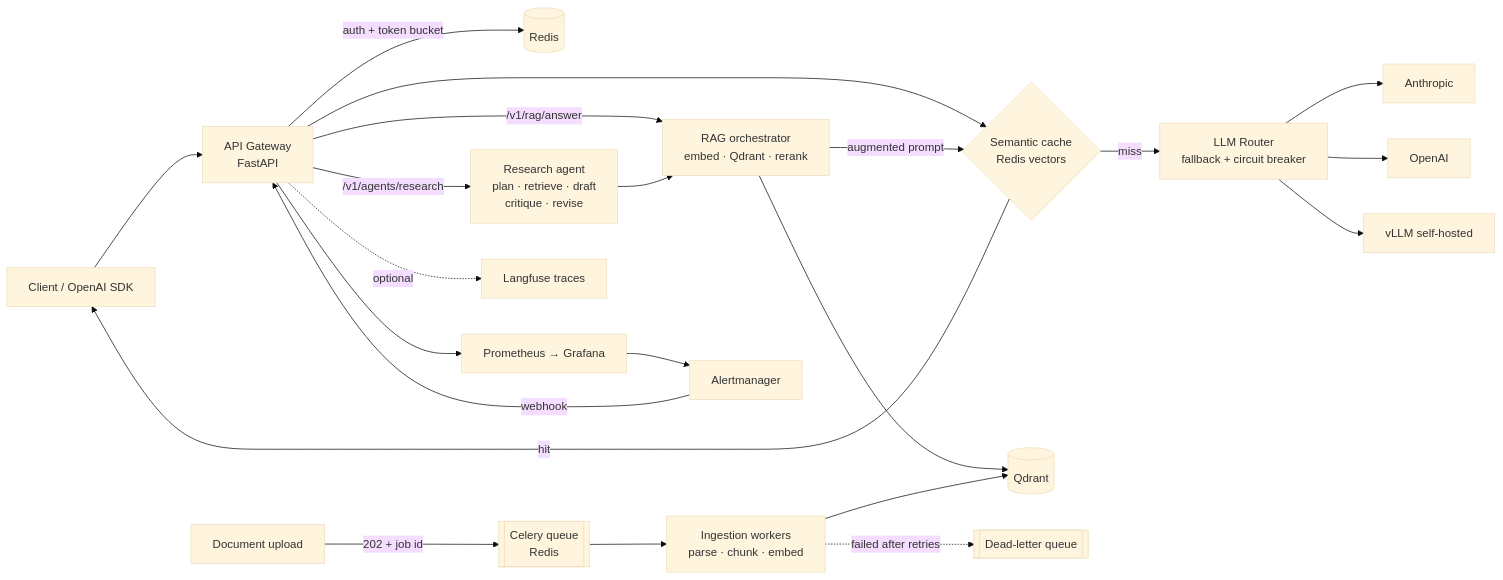
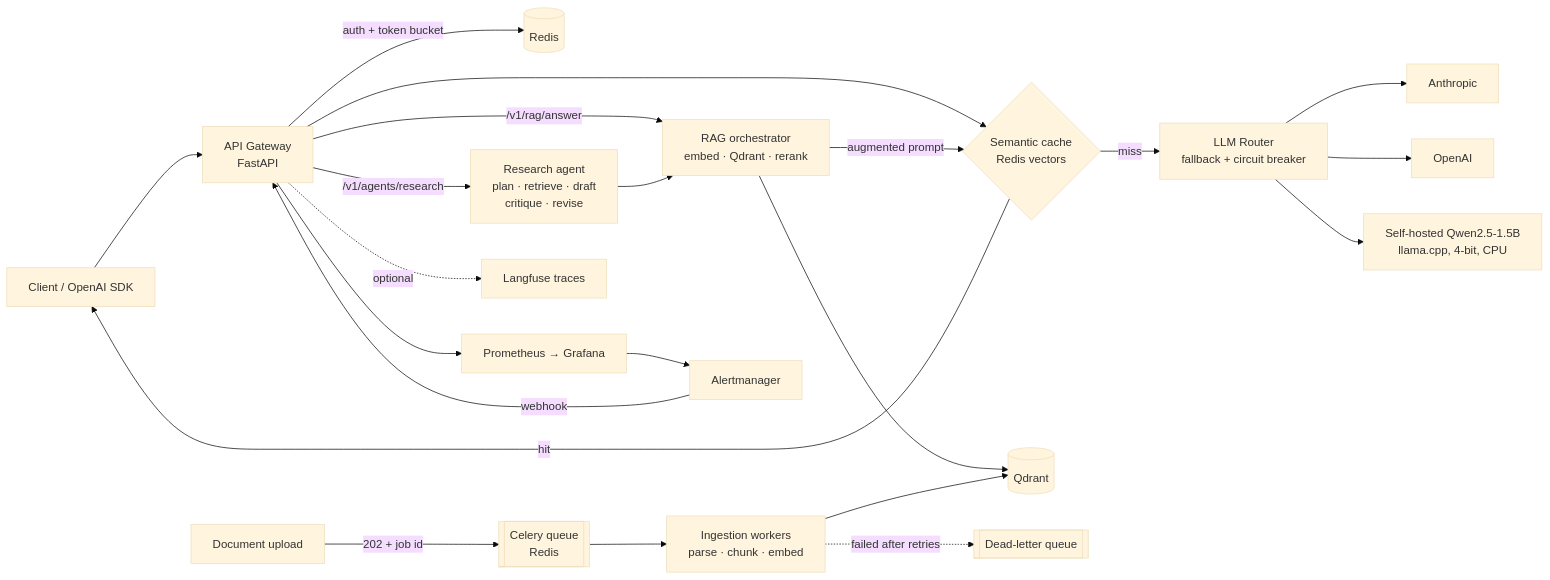
Before and after one commit to ardhendudebnath/llm-gateway-rag: the diagram in README.md, drawn with Mermaid (base theme). The commit also changed other lines of this file and 15 other files, not shown here.

First line of the commit message:
Serve a self-hosted model: answers with no API key, measured on CPU

````diff
--- a/README.md
+++ b/README.md
@@ -21,23 +21,23 @@
 ```mermaid
 flowchart LR
     C[Client / OpenAI SDK] --> G[API Gateway<br/>FastAPI]
     G -->|auth + token bucket| R[(Redis)]
     G --> SC{Semantic cache<br/>Redis vectors}
     SC -- hit --> C
     SC -- miss --> RT[LLM Router<br/>fallback + circuit breaker]
     RT --> A[Anthropic]
     RT --> O[OpenAI]
-    RT --> V[vLLM self-hosted]
+    RT --> V[Self-hosted Qwen2.5-1.5B<br/>llama.cpp, 4-bit, CPU]
     G -->|/v1/rag/answer| RAG[RAG orchestrator<br/>embed · Qdrant · rerank]
     RAG --> QD[(Qdrant)]
     RAG -->|augmented prompt| SC
     G -->|/v1/agents/research| AG[Research agent<br/>plan · retrieve · draft<br/>critique · revise]
     AG --> RAG
     U[Document upload] -->|202 + job id| Q[[Celery queue<br/>Redis]]
     Q --> W[Ingestion workers<br/>parse · chunk · embed]
     W --> QD
     W -. failed after retries .-> DLQ[[Dead-letter queue]]
     G --> P[Prometheus → Grafana]
     P --> AM[Alertmanager] -->|webhook| G
     G -. optional .-> LF[Langfuse traces]
 ```
````
